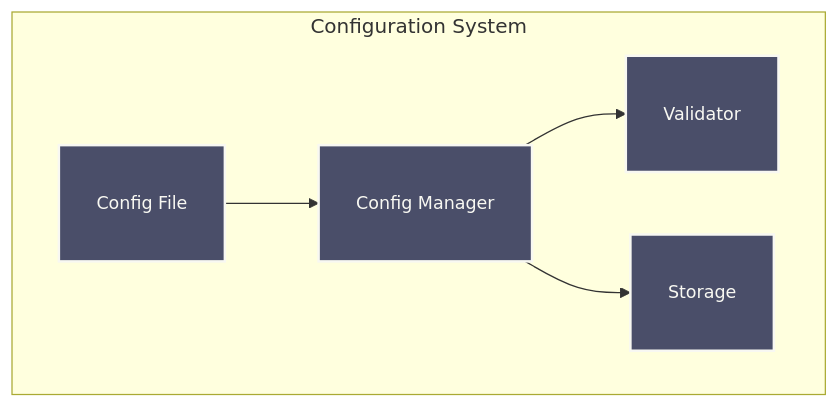
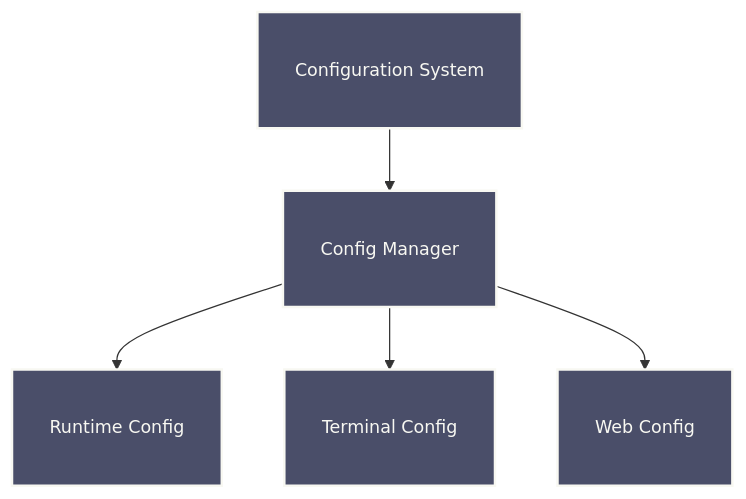
Before and after one commit to Hydepwns/raxol: the diagram in docs/CONFIGURATION.md, drawn with Mermaid. The commit also changed other lines of this file and 2 other files, not shown here.

````diff
--- a/docs/CONFIGURATION.md
+++ b/docs/CONFIGURATION.md
@@ -7,16 +7,16 @@
 ```mermaid
 graph TB
-    subgraph Config["Configuration System"]
-        File[Config File]
-        Manager[Config Manager]
-        Validator[Validator]
-        Storage[Storage]
-    end
+    Config[Configuration System]
+    Manager[Config Manager]
+    Runtime[Runtime Config]
+    Terminal[Terminal Config]
+    Web[Web Config]
 
-    File --> Manager
-    Manager --> Validator
-    Manager --> Storage
+    Config --> Manager
+    Manager --> Runtime
+    Manager --> Terminal
+    Manager --> Web
 
     classDef component fill:#4a4e69,stroke:#f8f8f2,stroke-width:2px,color:#f8f8f2,font-size:14px,padding:6px;
-    class File,Manager,Validator,Storage component;
+    class Config,Manager,Runtime,Terminal,Web component;
 ```
````
